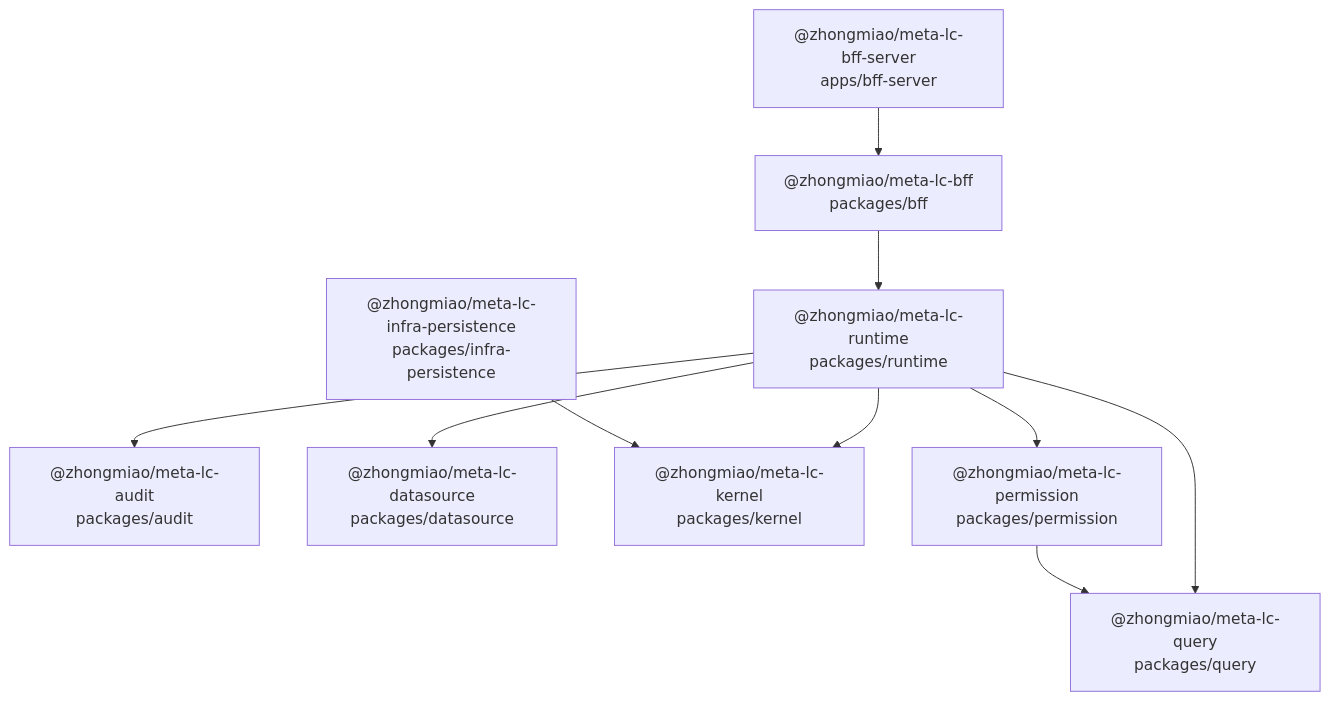
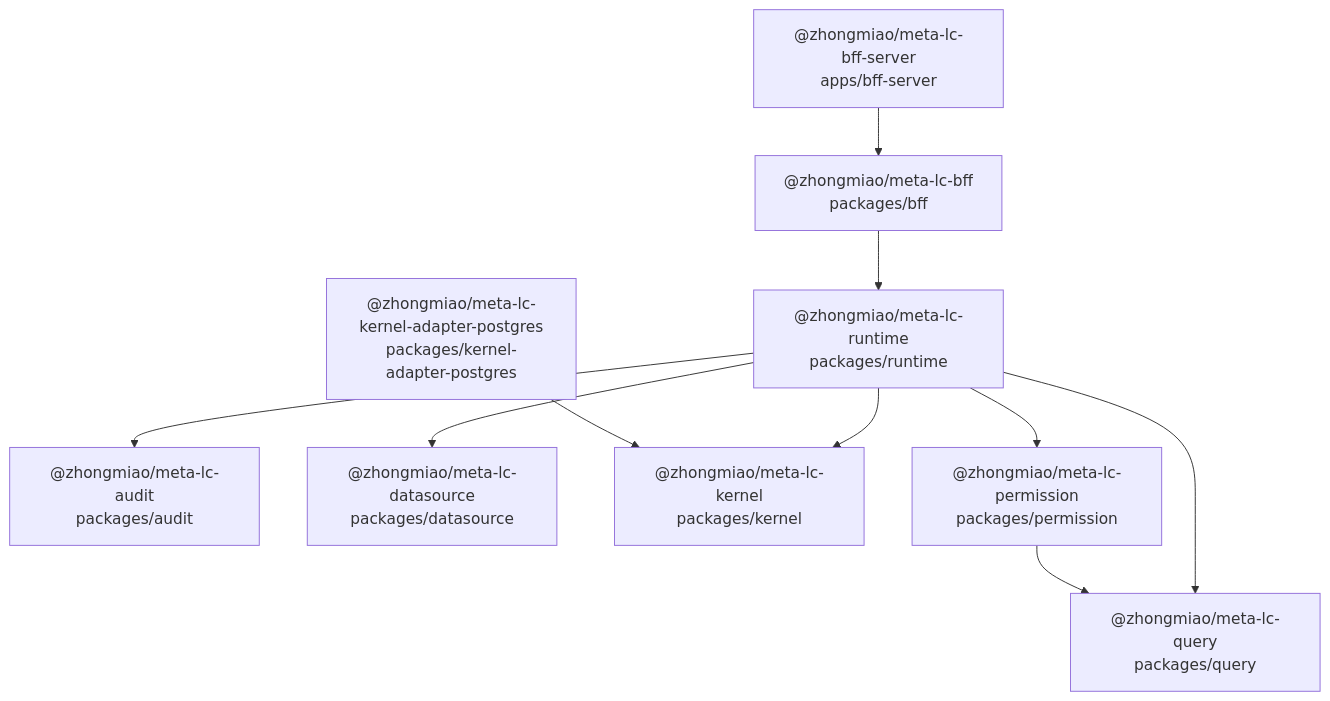
One commit to zhongmiao-org/meta-lc-platform changed the first of 3 diagrams in docs/package-dependency-topology.md. Above: the diagram before and after it, drawn with Mermaid. The commit also changed other lines of this file and 98 other files, not shown here.

````diff
--- a/docs/package-dependency-topology.md
+++ b/docs/package-dependency-topology.md
@@ -19,22 +19,22 @@
 ```mermaid
 flowchart TD
   bff_server["@zhongmiao/meta-lc-bff-server<br/>apps/bff-server"]
   audit["@zhongmiao/meta-lc-audit<br/>packages/audit"]
   bff["@zhongmiao/meta-lc-bff<br/>packages/bff"]
   datasource["@zhongmiao/meta-lc-datasource<br/>packages/datasource"]
-  infra_persistence["@zhongmiao/meta-lc-infra-persistence<br/>packages/infra-persistence"]
   kernel["@zhongmiao/meta-lc-kernel<br/>packages/kernel"]
+  kernel_adapter_postgres["@zhongmiao/meta-lc-kernel-adapter-postgres<br/>packages/kernel-adapter-postgres"]
   permission["@zhongmiao/meta-lc-permission<br/>packages/permission"]
   query["@zhongmiao/meta-lc-query<br/>packages/query"]
   runtime["@zhongmiao/meta-lc-runtime<br/>packages/runtime"]
 
   bff --> runtime
   bff_server --> bff
-  infra_persistence --> kernel
+  kernel_adapter_postgres --> kernel
   permission --> query
   runtime --> audit
   runtime --> datasource
   runtime --> kernel
   runtime --> permission
   runtime --> query
 ```
````
